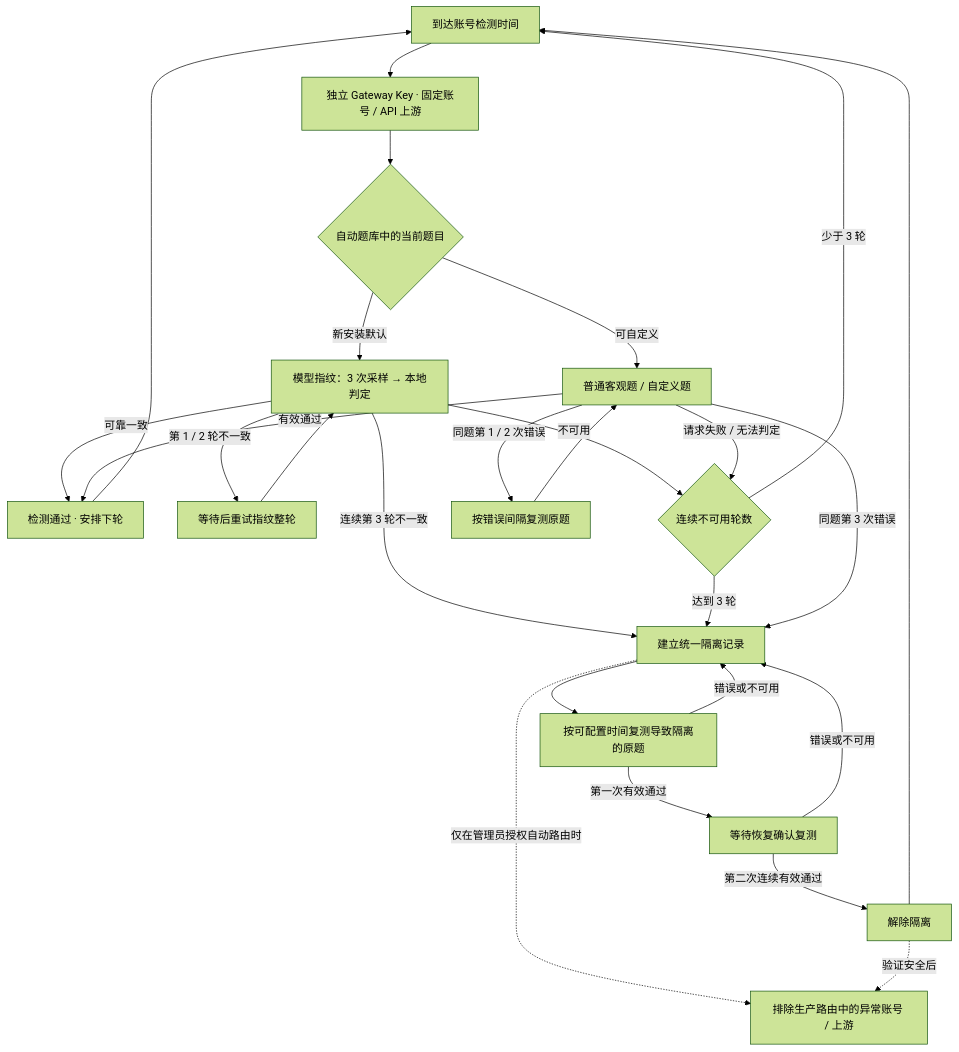
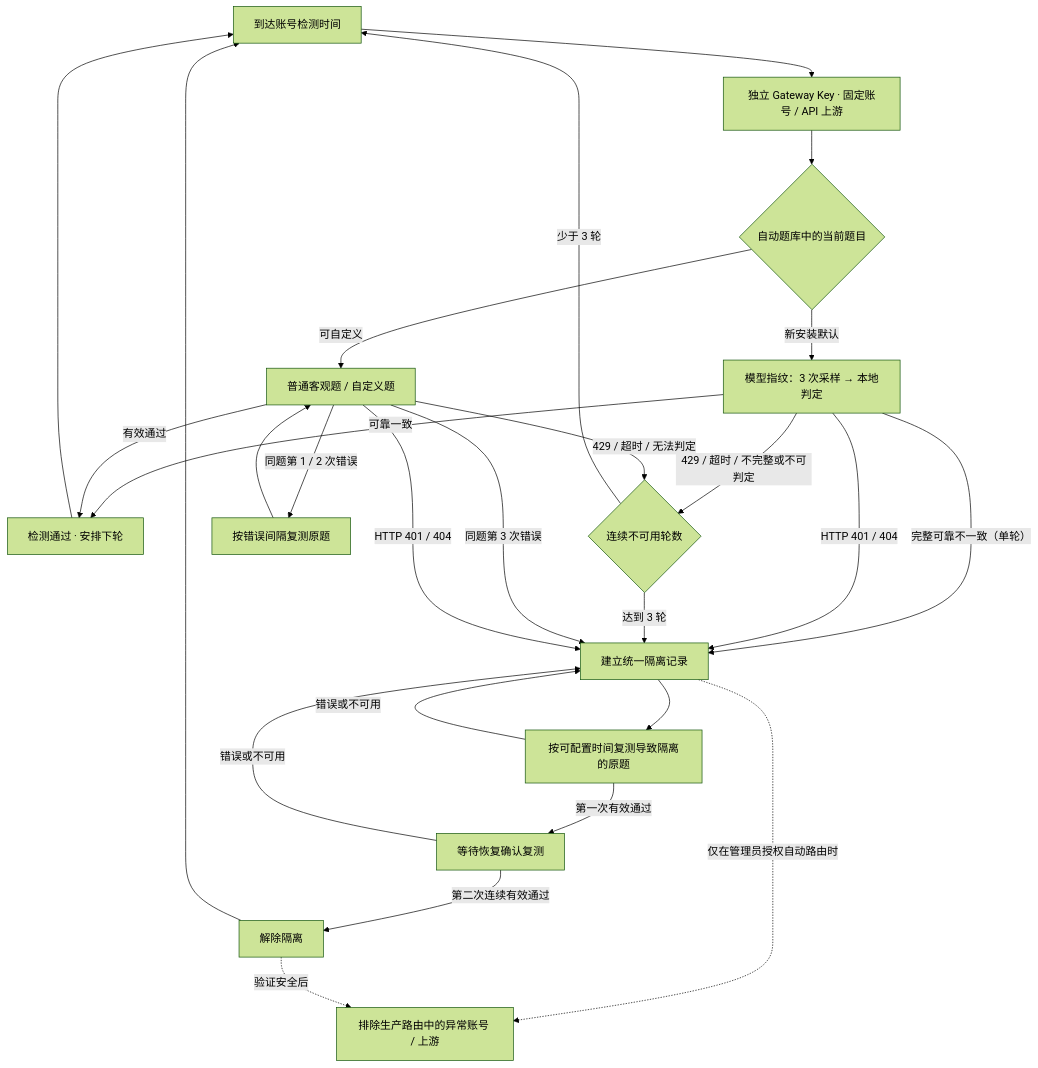
The diagram in README.md (Dsd1001/magpie-codex-guard), drawn with Mermaid (forest theme) before and after one commit. The commit also changed other lines of this file and 18 other files, not shown here.

````diff
--- a/README.md
+++ b/README.md
@@ -68,28 +68,28 @@
 ```mermaid
 flowchart TD
     A["到达账号检测时间"] --> B["独立 Gateway Key · 固定账号 / API 上游"]
     B --> C{"自动题库中的当前题目"}
     C -->|"新安装默认"| D["模型指纹：3 次采样 → 本地判定"]
     C -->|"可自定义"| E["普通客观题 / 自定义题"]
     D -->|"可靠一致"| OK["检测通过 · 安排下轮"]
-    D -->|"第 1 / 2 轮不一致"| F["等待后重试指纹整轮"]
-    F --> D
-    D -->|"连续第 3 轮不一致"| H["建立统一隔离记录"]
-    D -->|"不可用"| U{"连续不可用轮数"}
+    D -->|"完整可靠不一致（单轮）"| H["建立统一隔离记录"]
+    D -->|"HTTP 401 / 404"| H
+    D -->|"429 / 超时 / 不完整或不可判定"| U{"连续不可用轮数"}
     U -->|"少于 3 轮"| A
     U -->|"达到 3 轮"| H
     E -->|"有效通过"| OK
     E -->|"同题第 1 / 2 次错误"| RETRY["按错误间隔复测原题"]
     RETRY --> E
     E -->|"同题第 3 次错误"| H
-    E -->|"请求失败 / 无法判定"| U
+    E -->|"HTTP 401 / 404"| H
+    E -->|"429 / 超时 / 无法判定"| U
     H --> WAIT["按可配置时间复测导致隔离的原题"]
     WAIT -->|"第一次有效通过"| CONFIRM["等待恢复确认复测"]
     CONFIRM -->|"第二次连续有效通过"| RELEASE["解除隔离"]
     WAIT -->|"错误或不可用"| H
     CONFIRM -->|"错误或不可用"| H
     OK --> A
     RELEASE --> A
     H -.->|"仅在管理员授权自动路由时"| ROUTE["排除生产路由中的异常账号 / 上游"]
     RELEASE -.->|"验证安全后"| ROUTE
 ```
````
